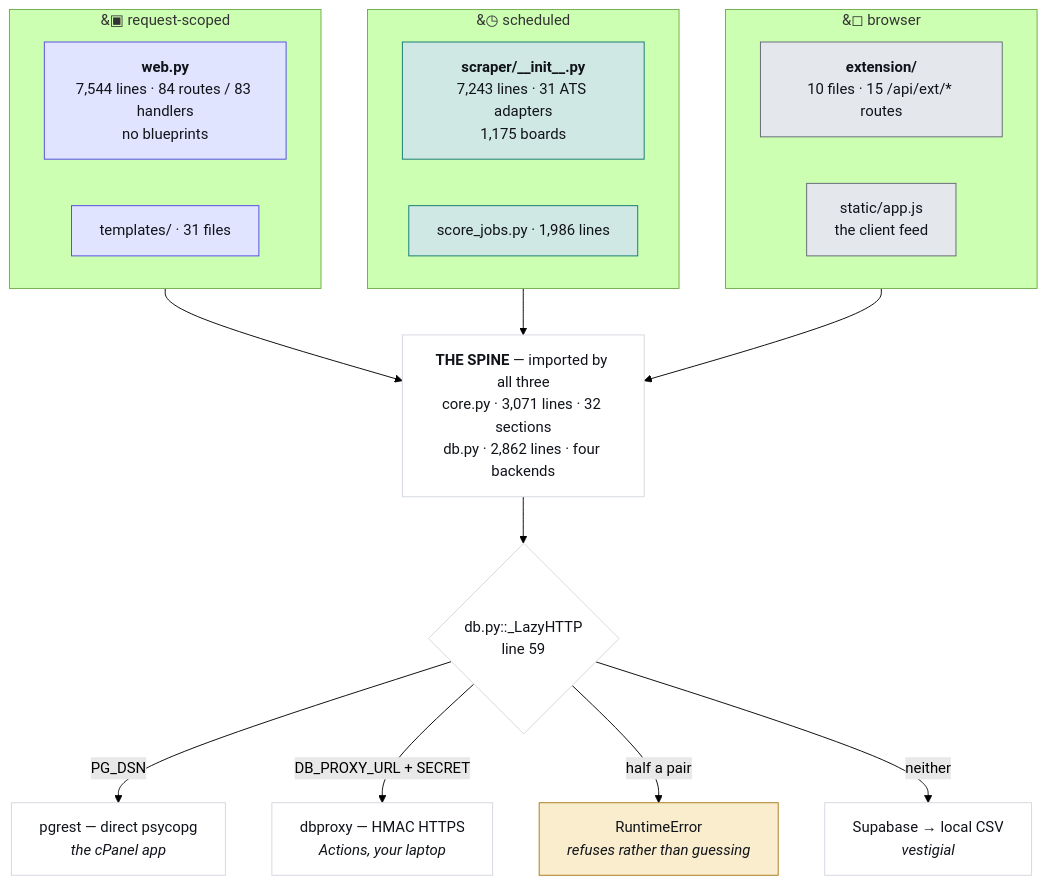
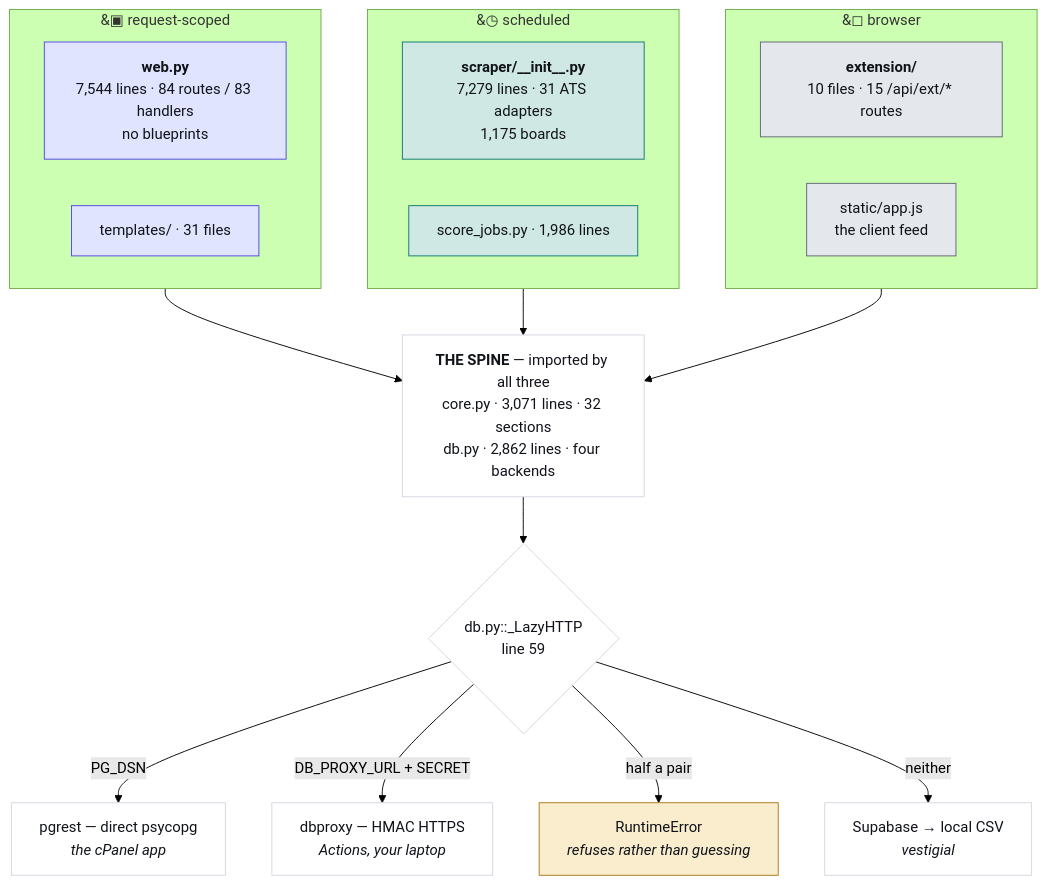
One commit to hadakunal909-debug/job-search-tool changed the first of 4 diagrams in JobMatch Scraper/docs/ARCHITECTURE.md. Above: the diagram before and after it, drawn with Mermaid (forest theme). The commit also changed other lines of this file and 6 other files, not shown here.

````diff
--- a/JobMatch Scraper/docs/ARCHITECTURE.md
+++ b/JobMatch Scraper/docs/ARCHITECTURE.md
@@ -45,34 +45,34 @@
 ```mermaid
 flowchart TB
   subgraph REQ["&#9635; request-scoped"]
     W["<b>web.py</b><br/>7,544 lines · 84 routes / 83 handlers<br/>no blueprints"]
     T["templates/ · 31 files"]
   end
   subgraph SCH["&#9719; scheduled"]
-    S["<b>scraper/__init__.py</b><br/>7,243 lines · 31 ATS adapters<br/>1,175 boards"]
+    S["<b>scraper/__init__.py</b><br/>7,279 lines · 31 ATS adapters<br/>1,175 boards"]
     J["score_jobs.py · 1,986 lines"]
   end
   subgraph CLI["&#9723; browser"]
     E["<b>extension/</b><br/>10 files · 15 /api/ext/* routes"]
     A["static/app.js<br/>the client feed"]
   end
   SPINE["<b>THE SPINE</b> — imported by all three<br/>core.py · 3,071 lines · 32 sections<br/>db.py · 2,862 lines · four backends"]
   REQ --> SPINE
   SCH --> SPINE
   CLI --> SPINE
   SPINE --> D{"db.py::_LazyHTTP<br/>line 59"}
   D -->|"PG_DSN"| P["pgrest — direct psycopg<br/><i>the cPanel app</i>"]
   D -->|"DB_PROXY_URL + SECRET"| X["dbproxy — HMAC HTTPS<br/><i>Actions, your laptop</i>"]
   D -->|"half a pair"| R["RuntimeError<br/><i>refuses rather than guessing</i>"]
   D -->|"neither"| V["Supabase → local CSV<br/><i>vestigial</i>"]
   classDef web fill:#e0e4fe,stroke:#4f46e5,color:#101319
   classDef sched fill:#cfe8e3,stroke:#0f766e,color:#101319
   classDef client fill:#e4e7ec,stroke:#5f6573,color:#101319
   classDef trap fill:#f9edcd,stroke:#a8781a,color:#101319
   classDef plain fill:#ffffff,stroke:#d3d7df,color:#101319
   class W,T web
   class S,J sched
   class E,A client
   class R trap
   class SPINE,D,P,X,V plain
 ```
````
